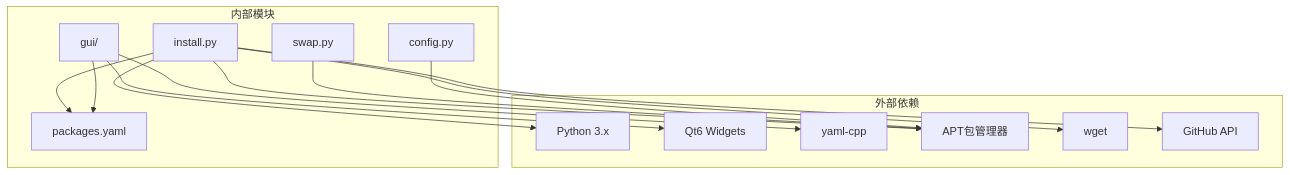
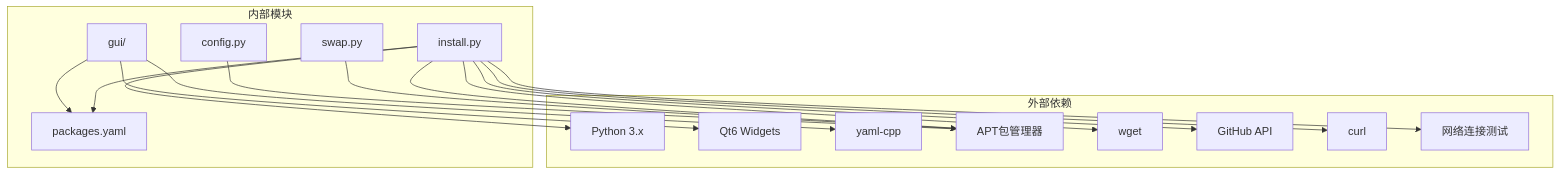
Before and after one commit to firestrongarch/install: the eighth of 8 diagrams in .qoder/repowiki/zh/content/核心功能/软件包管理系统.md, drawn with Mermaid. The commit also changed other lines of this file and 3 other files, not shown here.

````diff
--- a/.qoder/repowiki/zh/content/核心功能/软件包管理系统.md
+++ b/.qoder/repowiki/zh/content/核心功能/软件包管理系统.md
@@ -348,28 +456,32 @@
 ```mermaid
 graph TB
 subgraph "外部依赖"
 A[Python 3.x]
 B[Qt6 Widgets]
 C[yaml-cpp]
 D[APT包管理器]
 E[wget]
 F[GitHub API]
+G[curl]
+H[网络连接测试]
 end
 subgraph "内部模块"
-G[install.py]
-H[packages.yaml]
-I[gui/]
-J[swap.py]
-K[config.py]
+I[install.py]
+J[packages.yaml]
+K[gui/]
+L[swap.py]
+M[config.py]
 end
-G --> H
+I --> J
+K --> J
+I --> A
+K --> B
+K --> C
+I --> D
+I --> E
+I --> F
+I --> G
 I --> H
-G --> A
-I --> B
-I --> C
-G --> D
-G --> E
-G --> F
-J --> D
-K --> D
+L --> D
+M --> D
 ```
````
